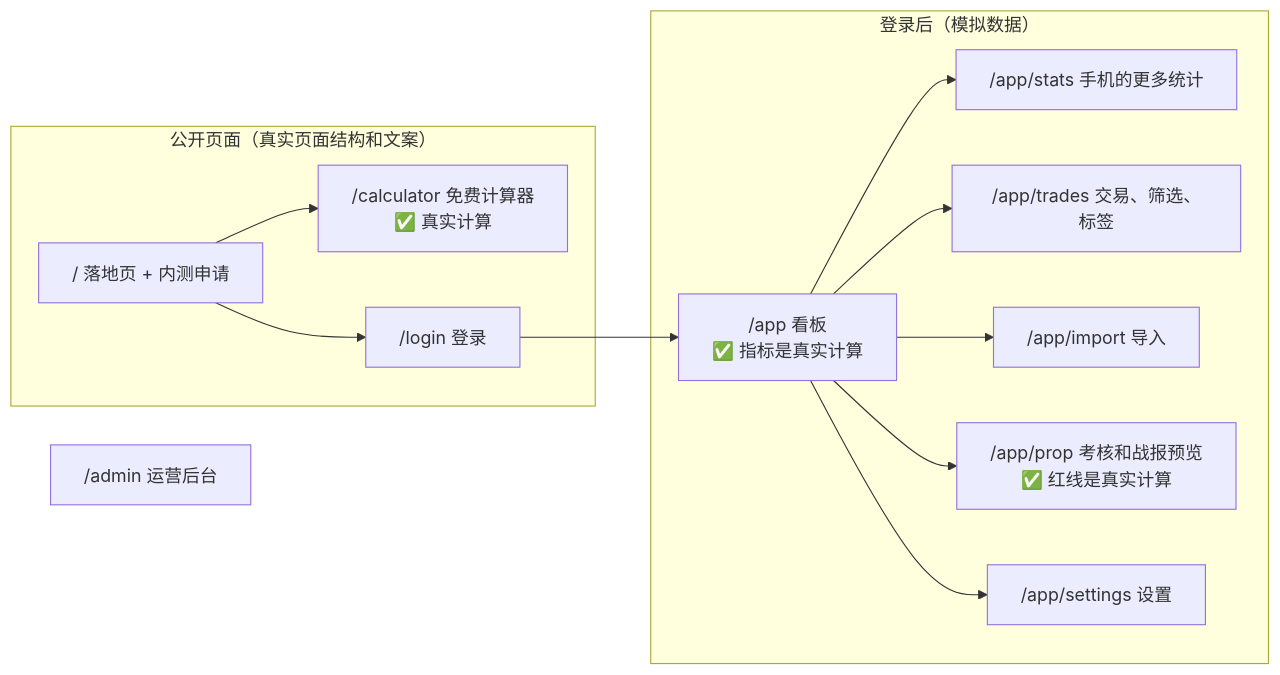
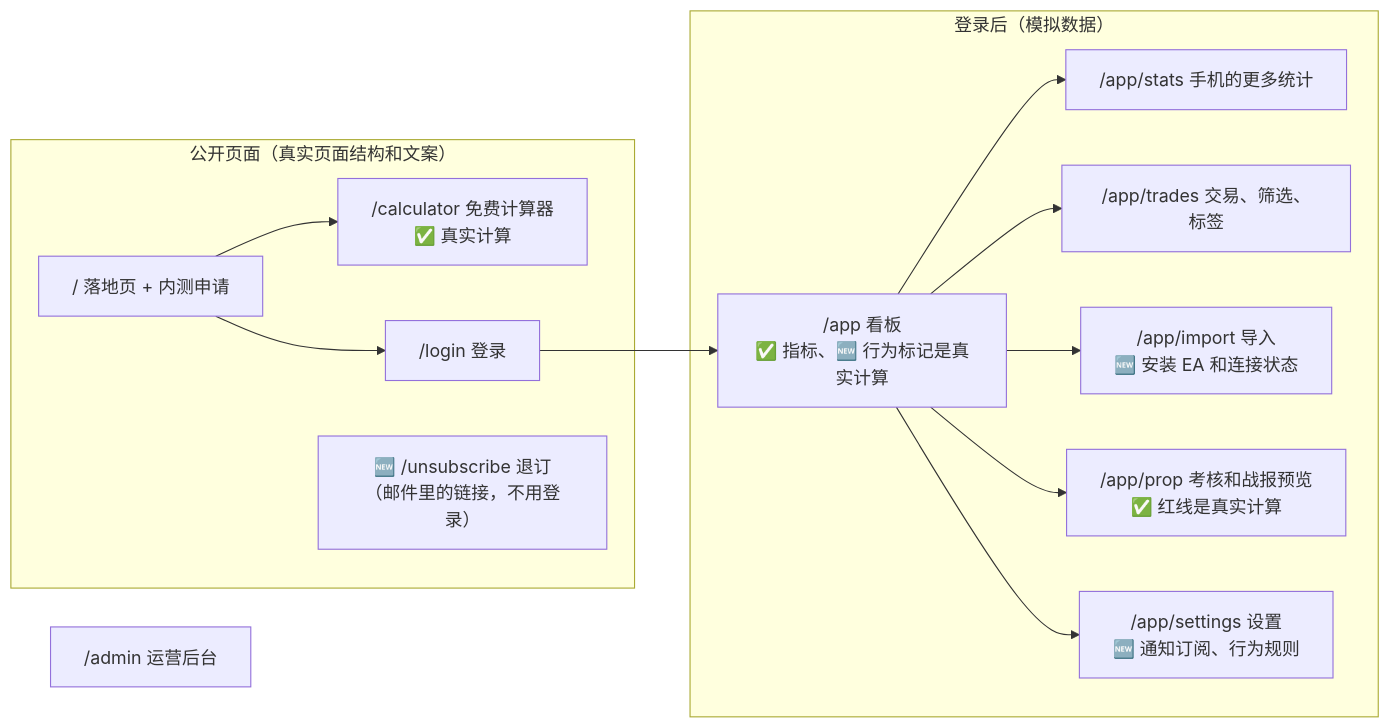
Before and after one commit to dollar3651314/trading-journal: the diagram in 技术方案/v1-原型说明.md, drawn with Mermaid. The commit also changed other lines of this file and 27 other files, not shown here.

````diff
--- a/技术方案/v1-原型说明.md
+++ b/技术方案/v1-原型说明.md
@@ -11,24 +11,25 @@
 ```mermaid
 flowchart LR
     subgraph PUB["公开页面（真实页面结构和文案）"]
         L["/ 落地页 + 内测申请"]
         C["/calculator 免费计算器<br/>✅ 真实计算"]
         LG["/login 登录"]
+        U["🆕 /unsubscribe 退订<br/>（邮件里的链接，不用登录）"]
     end
     subgraph APP["登录后（模拟数据）"]
-        D["/app 看板<br/>✅ 指标是真实计算"]
+        D["/app 看板<br/>✅ 指标、🆕 行为标记是真实计算"]
         S["/app/stats 手机的更多统计"]
         T["/app/trades 交易、筛选、标签"]
-        I["/app/import 导入"]
+        I["/app/import 导入<br/>🆕 安装 EA 和连接状态"]
         P["/app/prop 考核和战报预览<br/>✅ 红线是真实计算"]
-        ST["/app/settings 设置"]
+        ST["/app/settings 设置<br/>🆕 通知订阅、行为规则"]
     end
     AD["/admin 运营后台"]
     L --> C
     L --> LG --> D
     D --> S
     D --> T
     D --> I
     D --> P
     D --> ST
 ```
````
